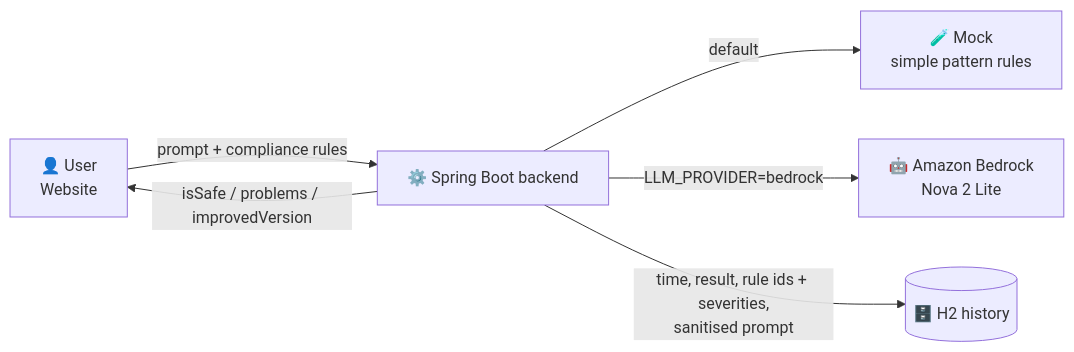
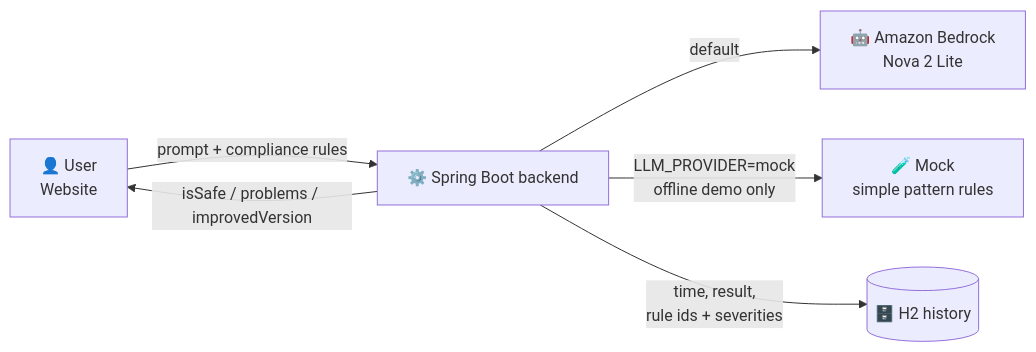
Before and after one commit to code-and-create-hackathon/complianceChecker: the third of 3 diagrams in README.md, drawn with Mermaid. The commit also changed other lines of this file and 19 other files, not shown here.

````diff
--- a/README.md
+++ b/README.md
@@ -48,8 +48,8 @@
 ```mermaid
 flowchart LR
     A[👤 User<br/>Website] -->|prompt + compliance rules| B[⚙️ Spring Boot backend]
-    B -->|default| M[🧪 Mock<br/>simple pattern rules]
-    B -->|LLM_PROVIDER=bedrock| L[🤖 Amazon Bedrock<br/>Nova 2 Lite]
-    B -->|time, result, rule ids + severities,<br/>sanitised prompt| H[(🗄️ H2 history)]
+    B -->|default| L[🤖 Amazon Bedrock<br/>Nova 2 Lite]
+    B -->|LLM_PROVIDER=mock<br/>offline demo only| M[🧪 Mock<br/>simple pattern rules]
+    B -->|time, result,<br/>rule ids + severities| H[(🗄️ H2 history)]
     B -->|isSafe / problems / improvedVersion| A
 ```
````
